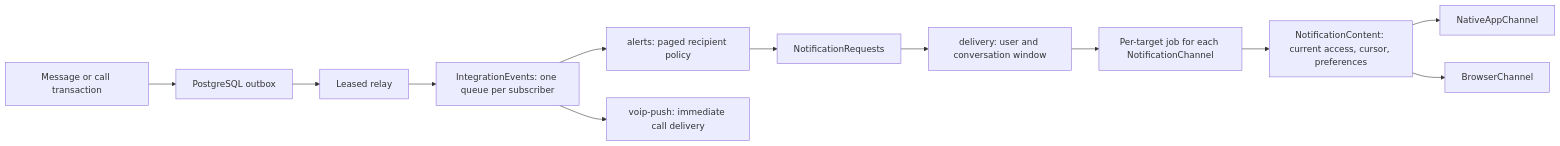
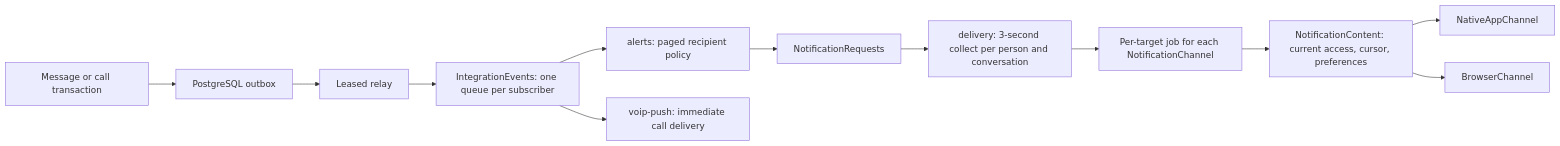
One commit to AP-Education/ap-chats changed the diagram in docs/push-notifications.md. Above: the diagram before and after it, drawn with Mermaid. The commit also changed other lines of this file and 21 other files, not shown here.

First line of the commit message:
refactor(push): notify per conversation the way Telegram does

````diff
--- a/docs/push-notifications.md
+++ b/docs/push-notifications.md
@@ -9,14 +9,14 @@
 ```mermaid
 flowchart LR
   Transaction[Message or call transaction] --> Outbox[PostgreSQL outbox]
   Outbox --> Relay[Leased relay]
   Relay --> Events[IntegrationEvents: one queue per subscriber]
   Events --> Audience[alerts: paged recipient policy]
   Audience --> Requests[NotificationRequests]
-  Requests --> Window[delivery: user and conversation window]
-  Window --> Intent[Per-target job for each NotificationChannel]
+  Requests --> Collect[delivery: 3-second collect per person and conversation]
+  Collect --> Intent[Per-target job for each NotificationChannel]
   Intent --> Verify[NotificationContent: current access, cursor, preferences]
   Verify --> Expo[NativeAppChannel]
   Verify --> Web[BrowserChannel]
   Events --> Call[voip-push: immediate call delivery]
 ```
````
